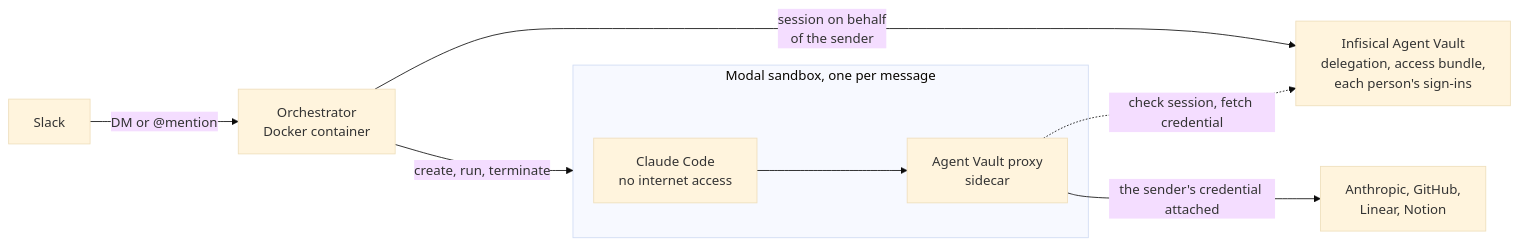
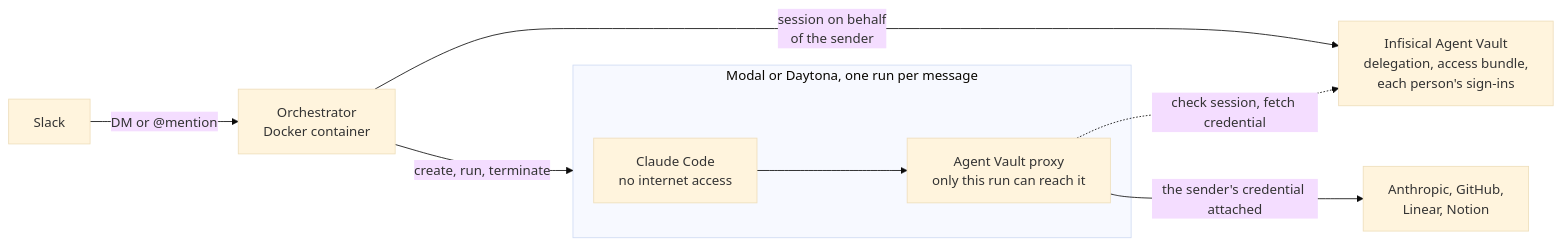
The diagram in slack-agents/team-assistant/README.md (Infisical/agent-reference-architectures), drawn with Mermaid (base theme) before and after one commit. The commit also changed other lines of this file and 13 other files, not shown here.

````diff
--- a/slack-agents/team-assistant/README.md
+++ b/slack-agents/team-assistant/README.md
@@ -9,18 +9,18 @@
 ```mermaid
 flowchart LR
   slack[Slack]
   orch["Orchestrator<br/>Docker container"]
   vault["Infisical Agent Vault<br/>delegation, access bundle,<br/>each person's sign-ins"]
-  subgraph sandbox[Modal sandbox, one per message]
+  subgraph sandbox[Modal or Daytona, one run per message]
     claude["Claude Code<br/>no internet access"]
-    proxy["Agent Vault proxy<br/>sidecar"]
+    proxy["Agent Vault proxy<br/>only this run can reach it"]
   end
   apis["Anthropic, GitHub,<br/>Linear, Notion"]
 
   slack -- "DM or @mention" --> orch
   orch -- "session on behalf<br/>of the sender" --> vault
   orch -- "create, run, terminate" --> sandbox
   claude --> proxy
   proxy -- "the sender's credential attached" --> apis
   proxy -. "check session, fetch credential" .-> vault
 ```
````
